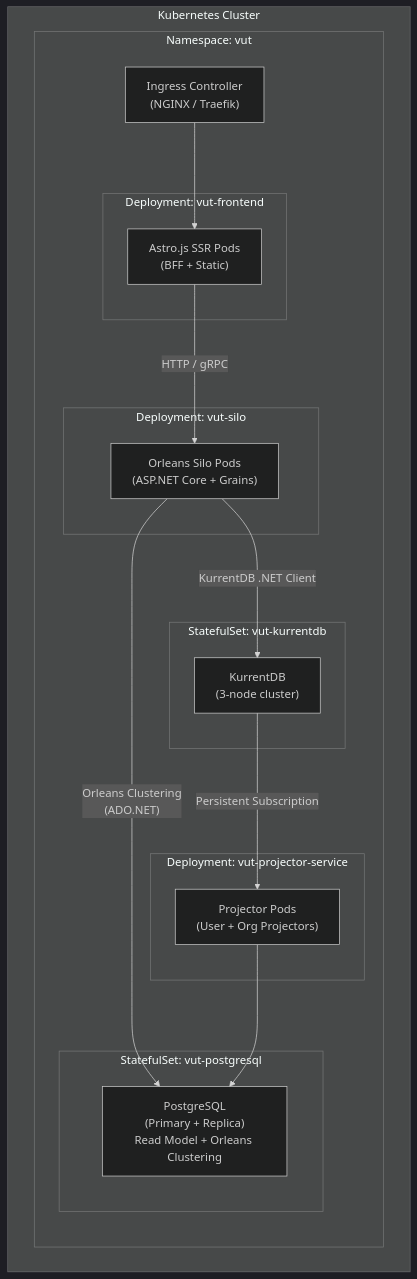
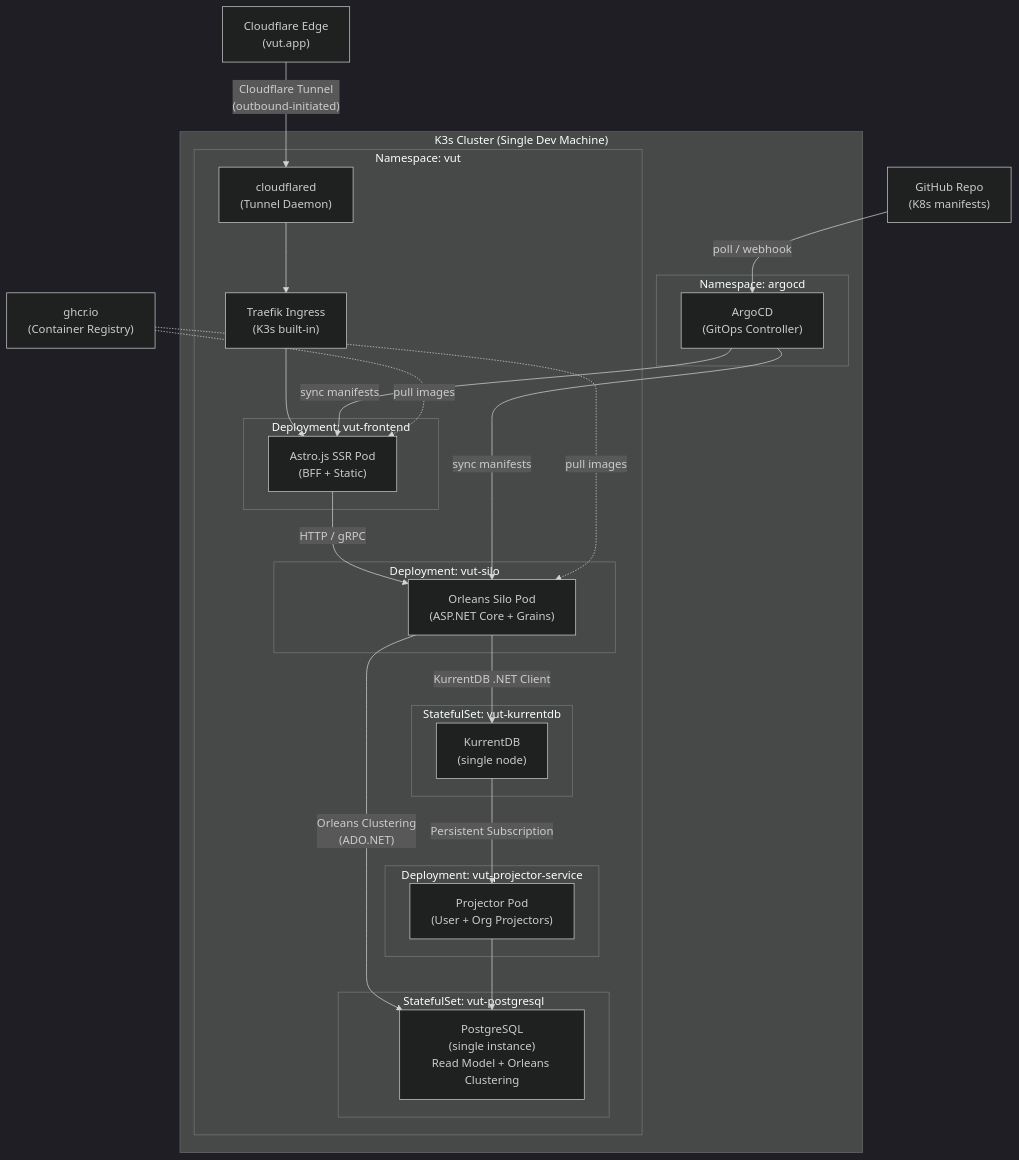
The second of 23 diagrams in epics/01-epic-first-signin-org/architecture/architecture.md (lekhasy/Vut), drawn with Mermaid (dark theme) before and after one commit. The commit also changed other lines of this file and 94 other files, not shown here.

````diff
--- a/epics/01-epic-first-signin-org/architecture/architecture.md
+++ b/epics/01-epic-first-signin-org/architecture/architecture.md
@@ -120,35 +127,51 @@
 ```mermaid
 graph TB
-    subgraph Kubernetes Cluster
+    CF["Cloudflare Edge<br/>(vut.app)"]
+    GHCR["ghcr.io<br/>(Container Registry)"]
+    GH["GitHub Repo<br/>(K8s manifests)"]
+
+    subgraph "K3s Cluster (Single Dev Machine)"
+        subgraph "Namespace: argocd"
+            ARGO["ArgoCD<br/>(GitOps Controller)"]
+        end
+
         subgraph "Namespace: vut"
-            ING["Ingress Controller<br/>(NGINX / Traefik)"]
+            CFD["cloudflared<br/>(Tunnel Daemon)"]
+            ING["Traefik Ingress<br/>(K3s built-in)"]
 
             subgraph "Deployment: vut-frontend"
-                FE["Astro.js SSR Pods<br/>(BFF + Static)"]
+                FE["Astro.js SSR Pod<br/>(BFF + Static)"]
             end
 
             subgraph "Deployment: vut-silo"
-                SL["Orleans Silo Pods<br/>(ASP.NET Core + Grains)"]
+                SL["Orleans Silo Pod<br/>(ASP.NET Core + Grains)"]
             end
 
             subgraph "Deployment: vut-projector-service"
-                PS["Projector Pods<br/>(User + Org Projectors)"]
+                PS["Projector Pod<br/>(User + Org Projectors)"]
             end
 
             subgraph "StatefulSet: vut-kurrentdb"
-                KDB["KurrentDB<br/>(3-node cluster)"]
+                KDB["KurrentDB<br/>(single node)"]
             end
 
             subgraph "StatefulSet: vut-postgresql"
-                PG["PostgreSQL<br/>(Primary + Replica)<br/>Read Model + Orleans Clustering"]
+                PG["PostgreSQL<br/>(single instance)<br/>Read Model + Orleans Clustering"]
             end
         end
     end
 
+    CF -->|"Cloudflare Tunnel<br/>(outbound-initiated)"| CFD
+    CFD --> ING
     ING --> FE
     FE -->|HTTP / gRPC| SL
     SL -->|"Orleans Clustering<br/>(ADO.NET)"| PG
     SL -->|"KurrentDB .NET Client"| KDB
     KDB -->|"Persistent Subscription"| PS
     PS --> PG
+    GH -->|"poll / webhook"| ARGO
+    ARGO -->|"sync manifests"| SL
+    ARGO -->|"sync manifests"| FE
+    GHCR -.->|"pull images"| SL
+    GHCR -.->|"pull images"| FE
 ```
````
